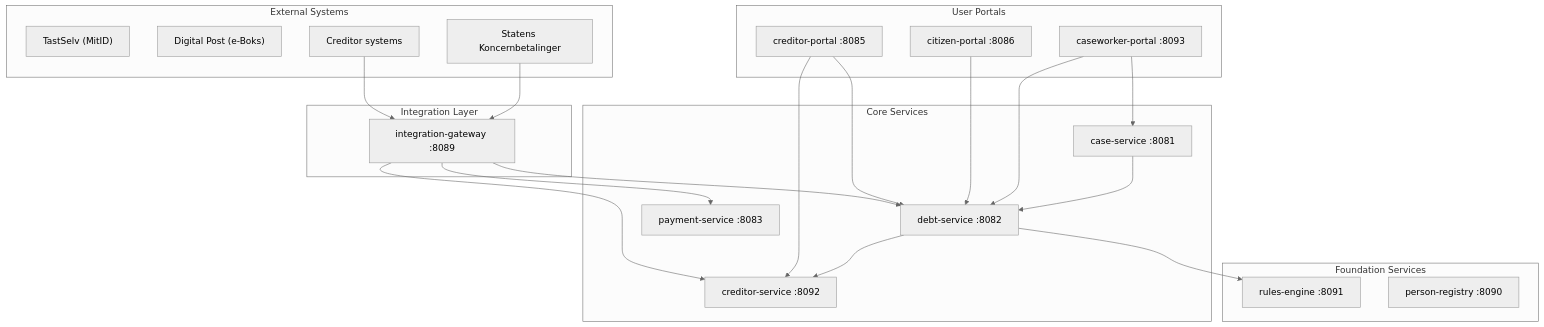
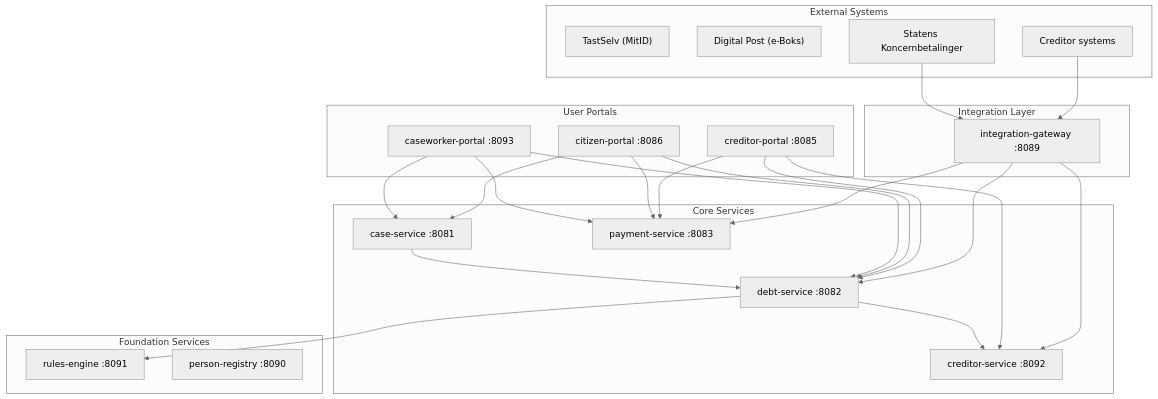
The first of 3 diagrams in docs/site/technical/architecture.md (mfhens/opendebt), drawn with Mermaid (neutral theme) before and after one commit. The commit also changed other lines of this file and 59 other files, not shown here.

First line of the commit message:
feat(timeline): implement petition 050 unified case timeline

````diff
--- a/docs/site/technical/architecture.md
+++ b/docs/site/technical/architecture.md
@@ -7,47 +7,51 @@
 ```mermaid
 graph TB
     subgraph External["External Systems"]
         TastSelv["TastSelv (MitID)"]
         DigitalPost["Digital Post (e-Boks)"]
         SKB["Statens Koncernbetalinger"]
         ES["Creditor systems"]
     end
 
     subgraph Gateway["Integration Layer"]
         IG["integration-gateway :8089"]
     end
 
     subgraph Portals["User Portals"]
         CP["creditor-portal :8085"]
         BP["citizen-portal :8086"]
         CW["caseworker-portal :8093"]
     end
 
     subgraph Core["Core Services"]
         DS["debt-service :8082"]
         CS["case-service :8081"]
         PS["payment-service :8083"]
         CRS["creditor-service :8092"]
     end
 
     subgraph Foundation["Foundation Services"]
         RE["rules-engine :8091"]
         PR["person-registry :8090"]
     end
 
     ES --> IG
     SKB --> IG
     IG --> DS
     IG --> CRS
     IG --> PS
 
     CP --> DS
     CP --> CRS
+    CP --> PS
     BP --> DS
+    BP --> CS
+    BP --> PS
     CW --> DS
     CW --> CS
+    CW --> PS
 
     DS --> RE
     DS --> CRS
     CS --> DS
 ```
````
